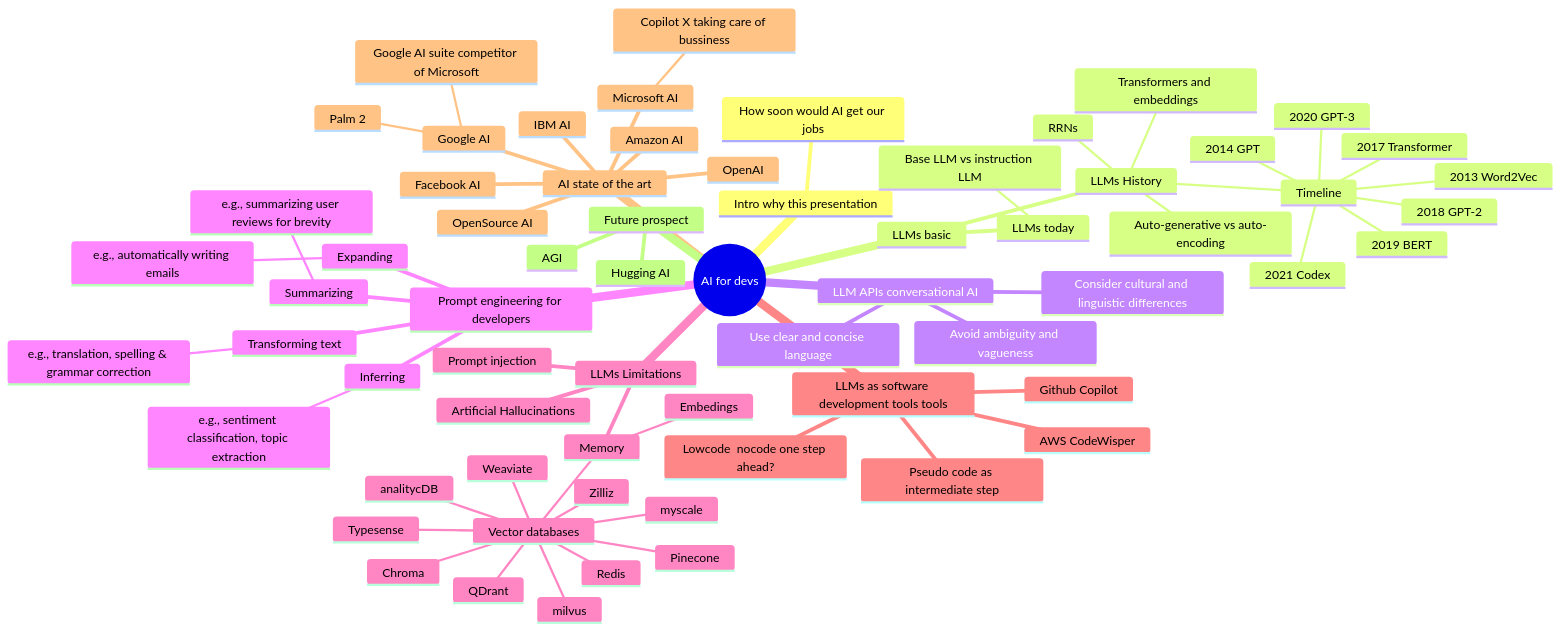
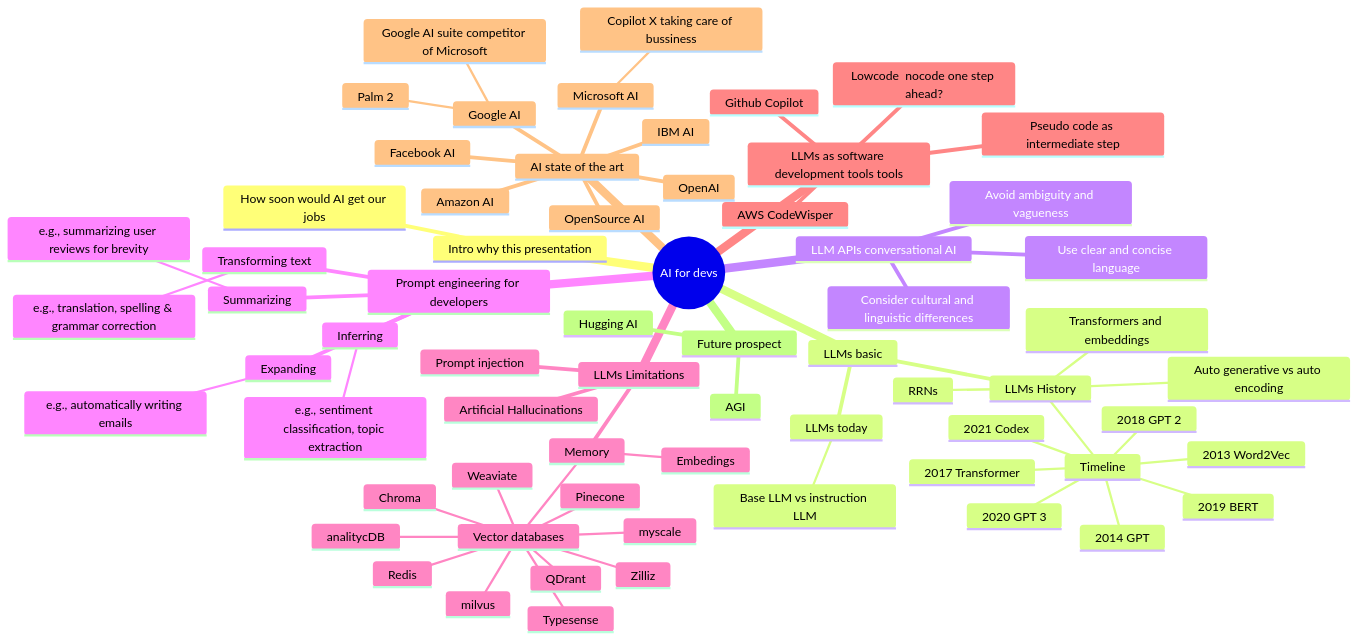
One commit to adben/prompt-engineering changed the diagram in README.md. Above: the diagram before and after it, drawn with Mermaid.

Commit message:
update memory en vector databases

````diff
--- a/README.md
+++ b/README.md
@@ -25,76 +25,76 @@
 ```mermaid
 mindmap
   root((AI for devs))
     Intro why this presentation
         How soon would AI get our jobs
     LLMs basic
         LLMs History
         ::icon(fa fa-book-open)
             Timeline
                 2013 Word2Vec
                 2014 GPT
                 2017 Transformer
-                2018 GPT-2
+                2018 GPT 2
                 2019 BERT
-                2020 GPT-3
+                2020 GPT 3
                 2021 Codex
             RRNs
             Transformers and embeddings
-            Auto-generative vs auto-encoding
+            Auto generative vs auto encoding
         LLMs today
             Base LLM vs instruction LLM
     LLM APIs conversational AI
     ::icon(fa fa-book-reader)
         Use clear and concise language
         Avoid ambiguity and vagueness
         Consider cultural and linguistic differences
     Prompt engineering for developers
     ::icon(fa fa-bookmark)
         Summarizing
             e.g., summarizing user reviews for brevity
         Inferring
             e.g., sentiment classification, topic extraction
         Transforming text
             e.g., translation, spelling & grammar correction
         Expanding
             e.g., automatically writing emails
     LLMs Limitations
     ::icon(fa fa-book-reader)
         Prompt injection
         Artificial Hallucinations
         Memory
             Vector databases
                 analitycDB
                 Chroma
                 milvus
                 myscale
                 QDrant
                 Pinecone
                 Redis
                 Typesense
                 Weaviate
                 Zilliz
             Embedings
     ::icon(fa fa-bookmark-o)
     LLMs as software development tools tools
     ::icon(fa fa-book-dead)
         Github Copilot
         AWS CodeWisper
         Pseudo code as intermediate step
         Lowcode  nocode one step ahead?
     AI state of the art
     ::icon(fa fa-books)
         Google AI
             Palm 2
             Google AI suite competitor of Microsoft
         OpenSource AI
         Facebook AI
         OpenAI
         Microsoft AI
             Copilot X taking care of bussiness
         IBM AI
         Amazon AI
     Future prospect
         Hugging AI
         AGI
 ```
````
